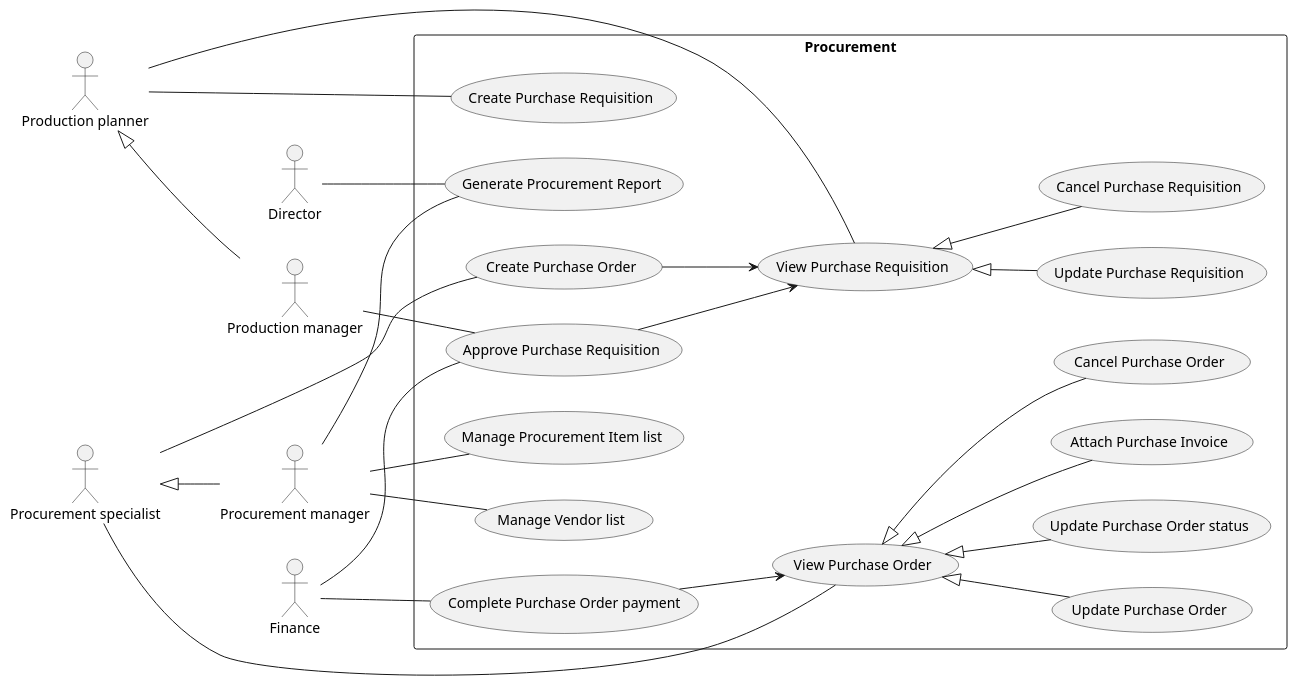
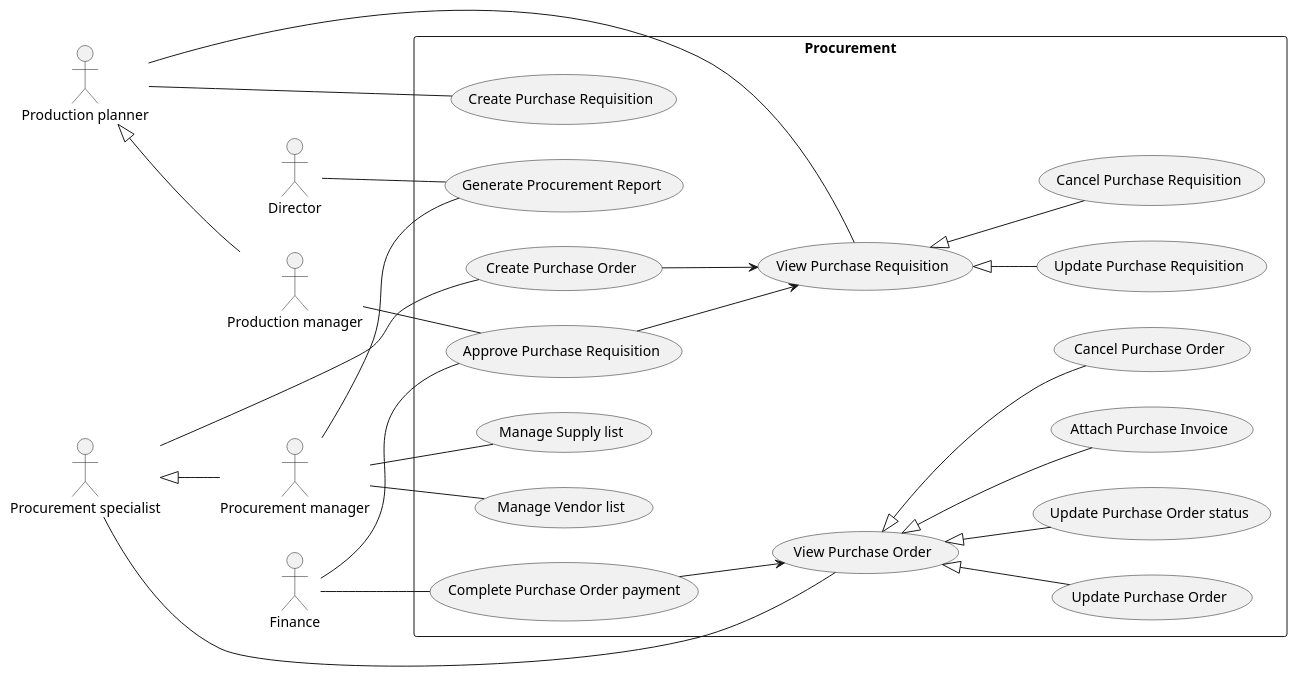
One commit to phihungha/scmss-reqs changed the diagram in use-cases/procurement.plantuml. Above: the diagram before and after it, drawn with PlantUML. The commit also changed 7 other files, not shown here.

Commit message:
Sequence diagrams for procurement and user manage use cases

```diff
--- a/use-cases/procurement.plantuml
+++ b/use-cases/procurement.plantuml
@@ -1,40 +1,40 @@
 @startuml Procurement
 left to right direction
 
 :Director: as d
 :Finance: as f
 
 :Production planner: as pp
 :Production manager: as prm
 pp <|-- prm
 
 :Procurement manager: as pm
 :Procurement specialist: as ps
 ps <|-- pm
 
 rectangle Procurement {
     pp -- (Create Purchase Requisition)
     pp -- (View Purchase Requisition)
     (View Purchase Requisition) <|-- (Update Purchase Requisition)
     (View Purchase Requisition) <|-- (Cancel Purchase Requisition)
     f -- (Approve Purchase Requisition)
     prm -- (Approve Purchase Requisition)
     (Approve Purchase Requisition) --> (View Purchase Requisition)
 
     ps -- (Create Purchase Order)
     (Create Purchase Order) --> (View Purchase Requisition)
     ps -- (View Purchase Order)
     (View Purchase Order) <|-- (Update Purchase Order)
     (View Purchase Order) <|-- (Update Purchase Order status)
     (View Purchase Order) <|-- (Attach Purchase Invoice)
     (View Purchase Order) <|-- (Cancel Purchase Order)
     f -- (Complete Purchase Order payment)
     (Complete Purchase Order payment) --> (View Purchase Order)
 
     pm -- (Manage Vendor list)
-    pm -- (Manage Procurement Item list)
+    pm -- (Manage Supply list)
 
     pm -- (Generate Procurement Report)
     d -- (Generate Procurement Report)
 }
 @enduml
```
